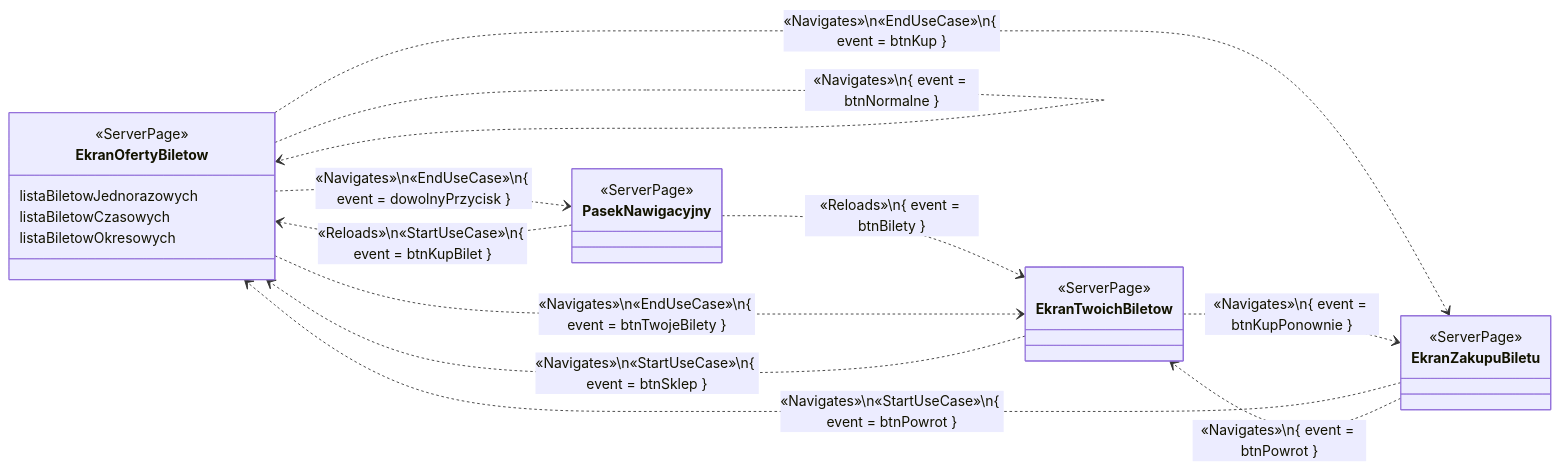
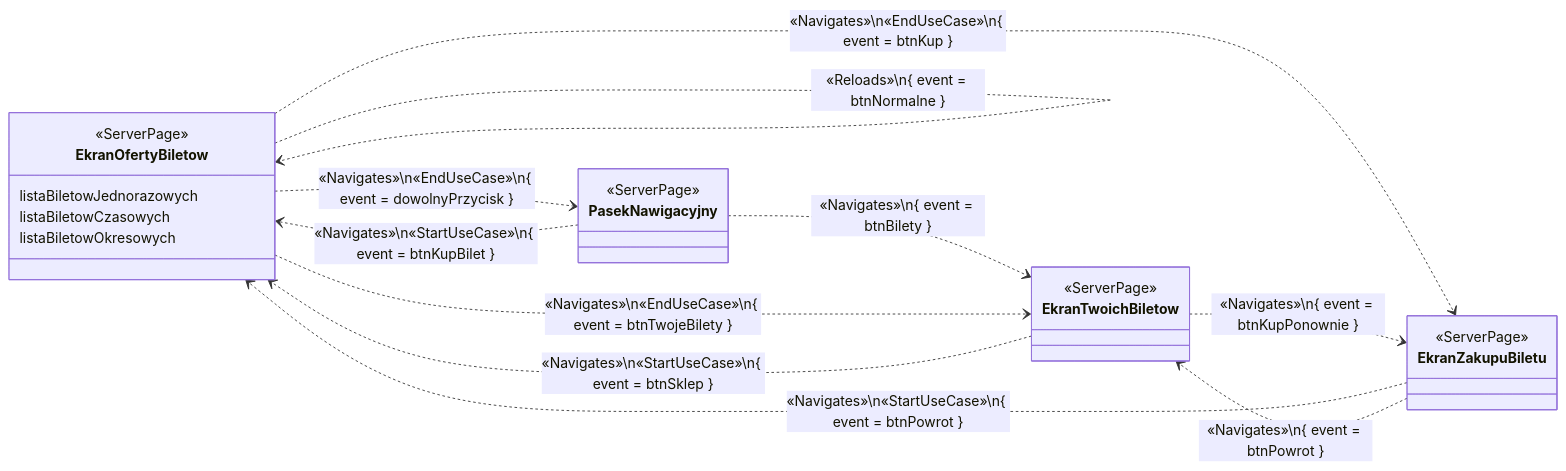
The seventh of 9 diagrams in documentation/course/E1.md (PWR-ACS-SE-24/SoftwareSystemDesign), drawn with Mermaid before and after one commit.

````diff
--- a/documentation/course/E1.md
+++ b/documentation/course/E1.md
@@ -772,39 +772,39 @@
 ```mermaid
 classDiagram
     direction LR
 
     class EkranOfertyBiletow {
         <<ServerPage>>
         listaBiletowJednorazowych
         listaBiletowCzasowych
         listaBiletowOkresowych
         }
 
     class PasekNawigacyjny {
         <<ServerPage>>
         }
 
     class EkranTwoichBiletow {
         <<ServerPage>>
     }
 
     class EkranZakupuBiletu {
         <<ServerPage>>
         }
 
-    PasekNawigacyjny ..> EkranTwoichBiletow: «Reloads»\n{ event = btnBilety }
-    PasekNawigacyjny ..> EkranOfertyBiletow: «Reloads»\n«StartUseCase»\n{ event = btnKupBilet }
+    PasekNawigacyjny ..> EkranTwoichBiletow: «Navigates»\n{ event = btnBilety }
+    PasekNawigacyjny ..> EkranOfertyBiletow: «Navigates»\n«StartUseCase»\n{ event = btnKupBilet }
     EkranOfertyBiletow ..> PasekNawigacyjny: «Navigates»\n«EndUseCase»\n{ event = dowolnyPrzycisk }
 
     EkranOfertyBiletow ..> EkranZakupuBiletu: «Navigates»\n«EndUseCase»\n{ event = btnKup }
     EkranZakupuBiletu ..> EkranOfertyBiletow: «Navigates»\n«StartUseCase»\n{ event = btnPowrot }
 
     EkranTwoichBiletow ..> EkranOfertyBiletow: «Navigates»\n«StartUseCase»\n{ event = btnSklep }
     EkranOfertyBiletow ..> EkranTwoichBiletow: «Navigates»\n«EndUseCase»\n{ event = btnTwojeBilety }
    
     EkranTwoichBiletow ..> EkranZakupuBiletu: «Navigates»\n{ event = btnKupPonownie }
     EkranZakupuBiletu ..> EkranTwoichBiletow: «Navigates»\n{ event = btnPowrot }
 
-    EkranOfertyBiletow ..>  EkranOfertyBiletow: «Navigates»\n{ event = btnUlgowe }
-    EkranOfertyBiletow ..>  EkranOfertyBiletow: «Navigates»\n{ event = btnNormalne } 
+    EkranOfertyBiletow ..>  EkranOfertyBiletow: «Reloads»\n{ event = btnUlgowe }
+    EkranOfertyBiletow ..>  EkranOfertyBiletow: «Reloads»\n{ event = btnNormalne } 
 ```
````
